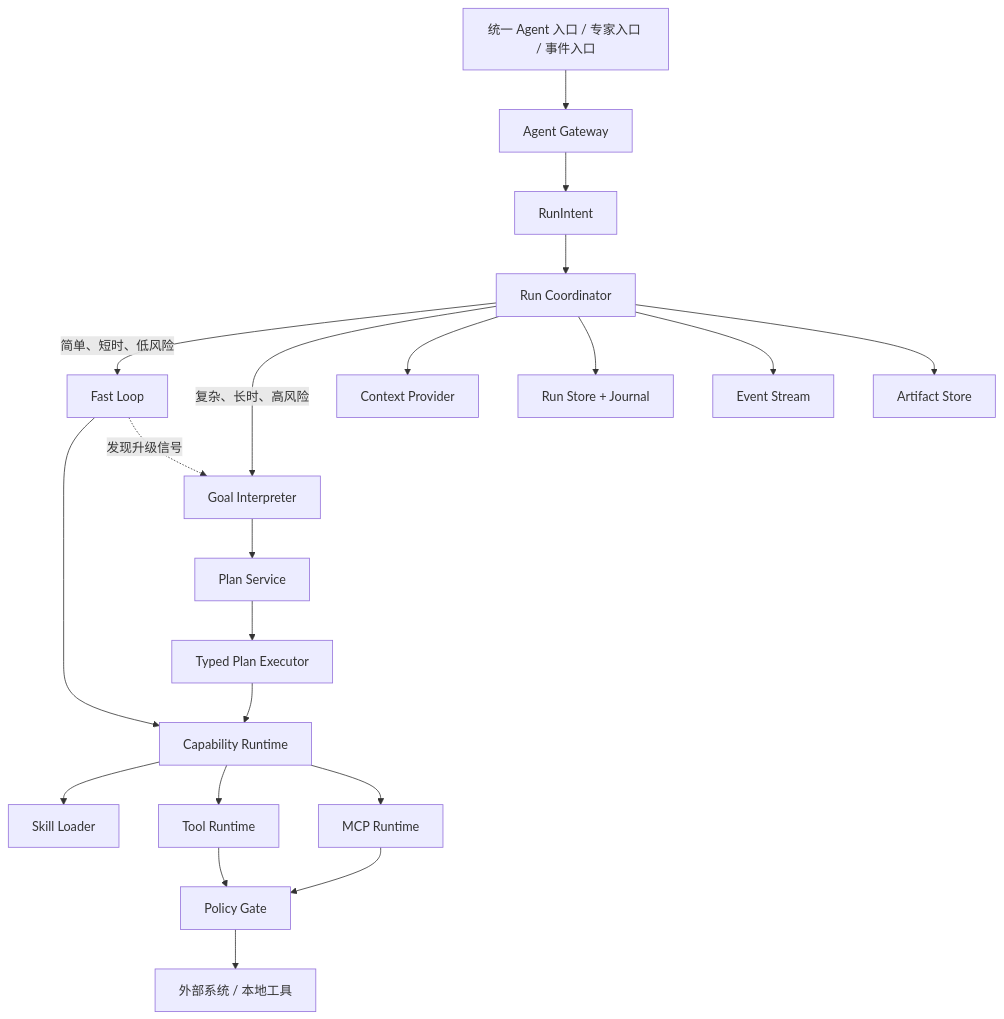
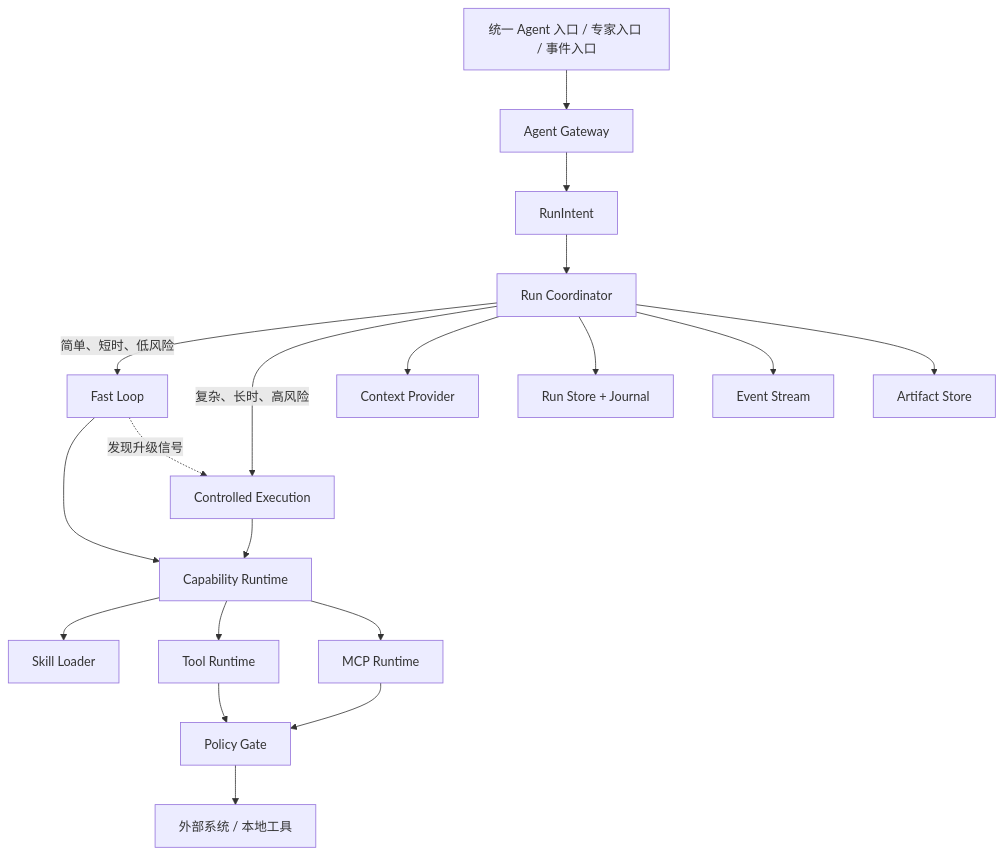
Before and after one commit to murphy0730/maestro: the diagram in docs/superpowers/specs/2026-07-16-agent-runtime-redesign-design.md, drawn with Mermaid. The commit also changed other lines of this file and 2 other files, not shown here.

Commit message:
docs: retire typed plan runtime design

````diff
--- a/docs/superpowers/specs/2026-07-16-agent-runtime-redesign-design.md
+++ b/docs/superpowers/specs/2026-07-16-agent-runtime-redesign-design.md
@@ -65,28 +65,26 @@
 ```mermaid
 flowchart TD
     UI[统一 Agent 入口 / 专家入口 / 事件入口] --> GW[Agent Gateway]
     GW --> RI[RunIntent]
     RI --> RC[Run Coordinator]
 
     RC -->|简单、短时、低风险| FL[Fast Loop]
-    RC -->|复杂、长时、高风险| GI[Goal Interpreter]
-    GI --> PS[Plan Service]
-    PS --> TP[Typed Plan Executor]
+    RC -->|复杂、长时、高风险| CE[Controlled Execution]
 
     FL --> CR[Capability Runtime]
-    TP --> CR
-    FL -.发现升级信号.-> GI
+    CE --> CR
+    FL -.发现升级信号.-> CE
 
     CR --> SK[Skill Loader]
     CR --> TR[Tool Runtime]
     CR --> MR[MCP Runtime]
 
     TR --> PG[Policy Gate]
     MR --> PG
     PG --> EXT[外部系统 / 本地工具]
 
     RC --> CTX[Context Provider]
     RC --> J[Run Store + Journal]
     RC --> EV[Event Stream]
     RC --> AR[Artifact Store]
 ```
````
